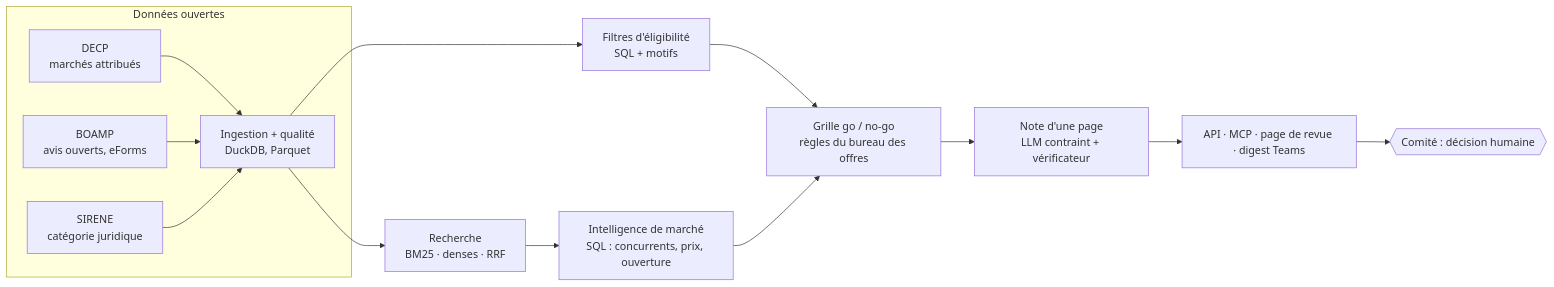
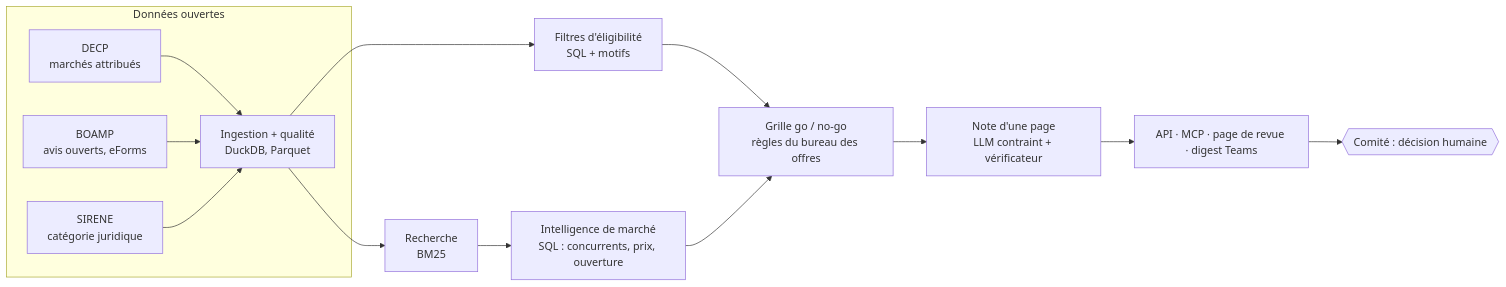
Before and after one commit to KhalilBenGaied66/Avant-Offre: the diagram in README.md, drawn with Mermaid. The commit also changed other lines of this file and 6 other files, not shown here.

````diff
--- a/README.md
+++ b/README.md
@@ -35,16 +35,16 @@
 ```mermaid
 flowchart LR
   subgraph Données ouvertes
     DECP[DECP<br/>marchés attribués] --> I
     BOAMP[BOAMP<br/>avis ouverts, eForms] --> I
     SIRENE[SIRENE<br/>catégorie juridique] --> I
   end
-  I[Ingestion + qualité<br/>DuckDB, Parquet] --> S[Recherche<br/>BM25 · denses · RRF]
+  I[Ingestion + qualité<br/>DuckDB, Parquet] --> S[Recherche<br/>BM25]
   I --> F[Filtres d'éligibilité<br/>SQL + motifs]
   S --> M[Intelligence de marché<br/>SQL : concurrents, prix, ouverture]
   F --> G[Grille go / no-go<br/>règles du bureau des offres]
   M --> G
   G --> N[Note d'une page<br/>LLM contraint + vérificateur]
   N --> API[API · MCP · page de revue · digest Teams]
   API --> C{{Comité : décision humaine}}
 ```
````
